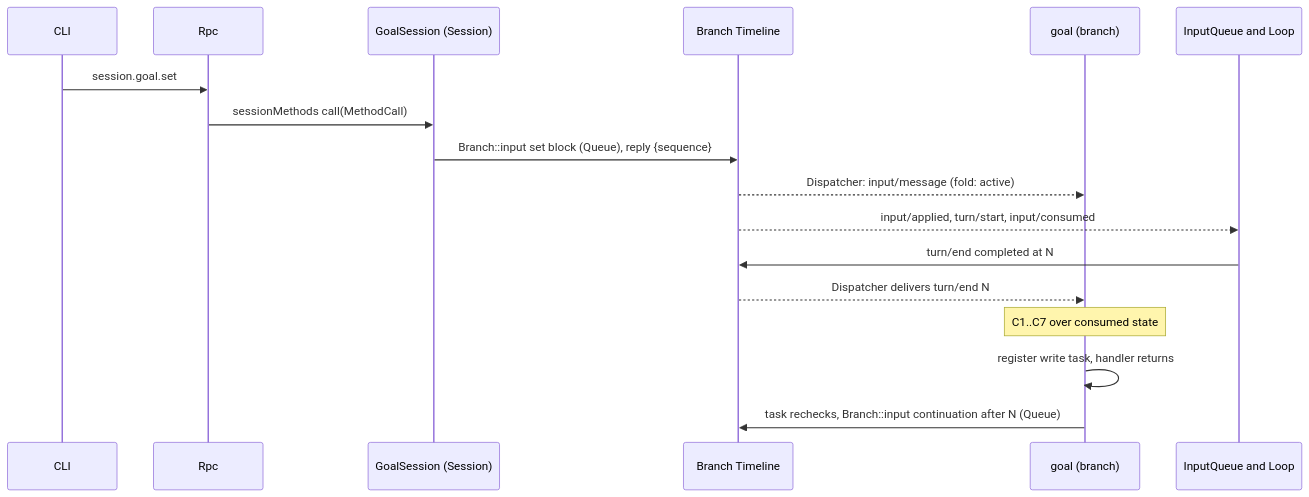
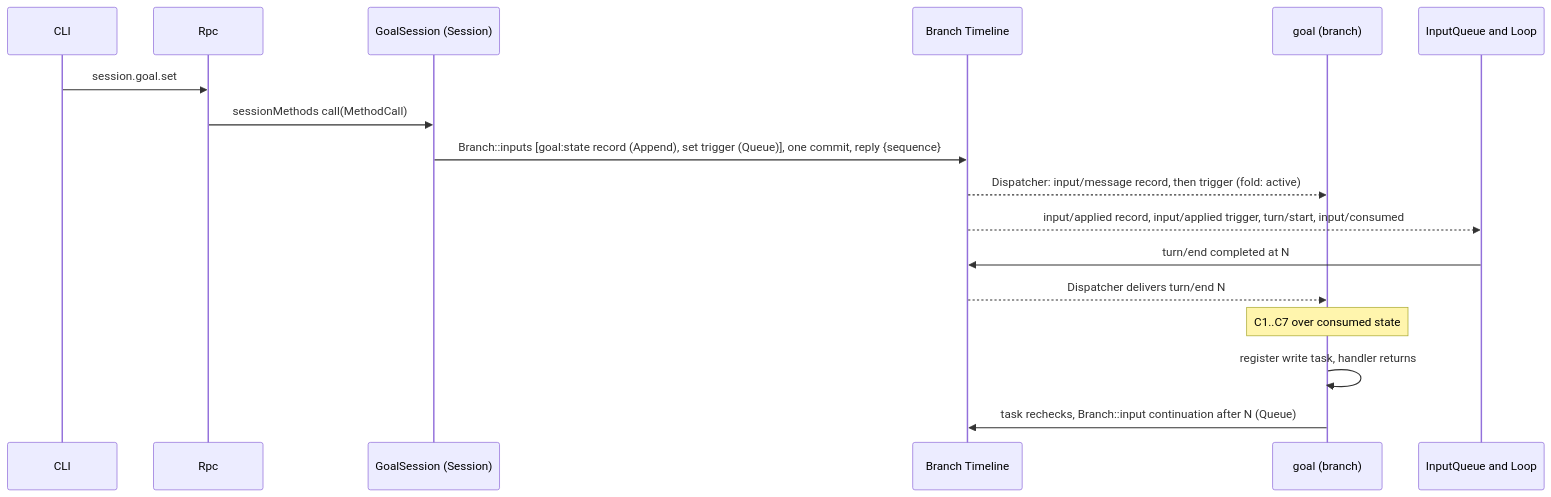
Before and after one commit to CoutinhoTTS/dim-agent: the third of 7 diagrams in docs/design/plugins/Goal.md, drawn with Mermaid. The commit also changed other lines of this file and 229 other files, not shown here.

First line of the commit message:
refactor(timeline): query properties and bound history consumers

````diff
--- a/docs/design/plugins/Goal.md
+++ b/docs/design/plugins/Goal.md
@@ -111,19 +121,19 @@
 ```mermaid
 sequenceDiagram
   participant CLI
   participant Rpc
   participant GS as GoalSession (Session)
   participant TL as Branch Timeline
   participant G as goal (branch)
   participant IQ as InputQueue and Loop
   CLI->>Rpc: session.goal.set
   Rpc->>GS: sessionMethods call(MethodCall)
-  GS->>TL: Branch::input set block (Queue), reply {sequence}
-  TL-->>G: Dispatcher: input/message (fold: active)
-  TL-->>IQ: input/applied, turn/start, input/consumed
+  GS->>TL: Branch::inputs [goal:state record (Append), set trigger (Queue)], one commit, reply {sequence}
+  TL-->>G: Dispatcher: input/message record, then trigger (fold: active)
+  TL-->>IQ: input/applied record, input/applied trigger, turn/start, input/consumed
   IQ->>TL: turn/end completed at N
   TL-->>G: Dispatcher delivers turn/end N
   Note over G: C1..C7 over consumed state
   G->>G: register write task, handler returns
   G->>TL: task rechecks, Branch::input continuation after N (Queue)
 ```
````
